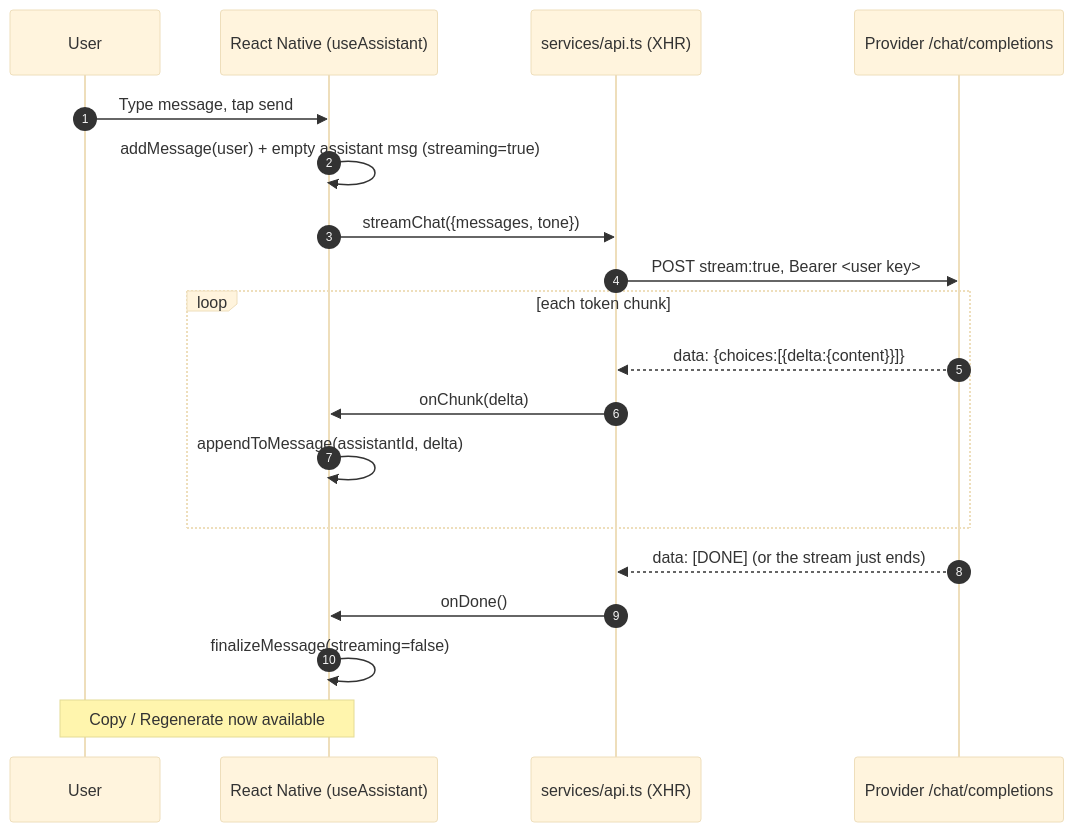
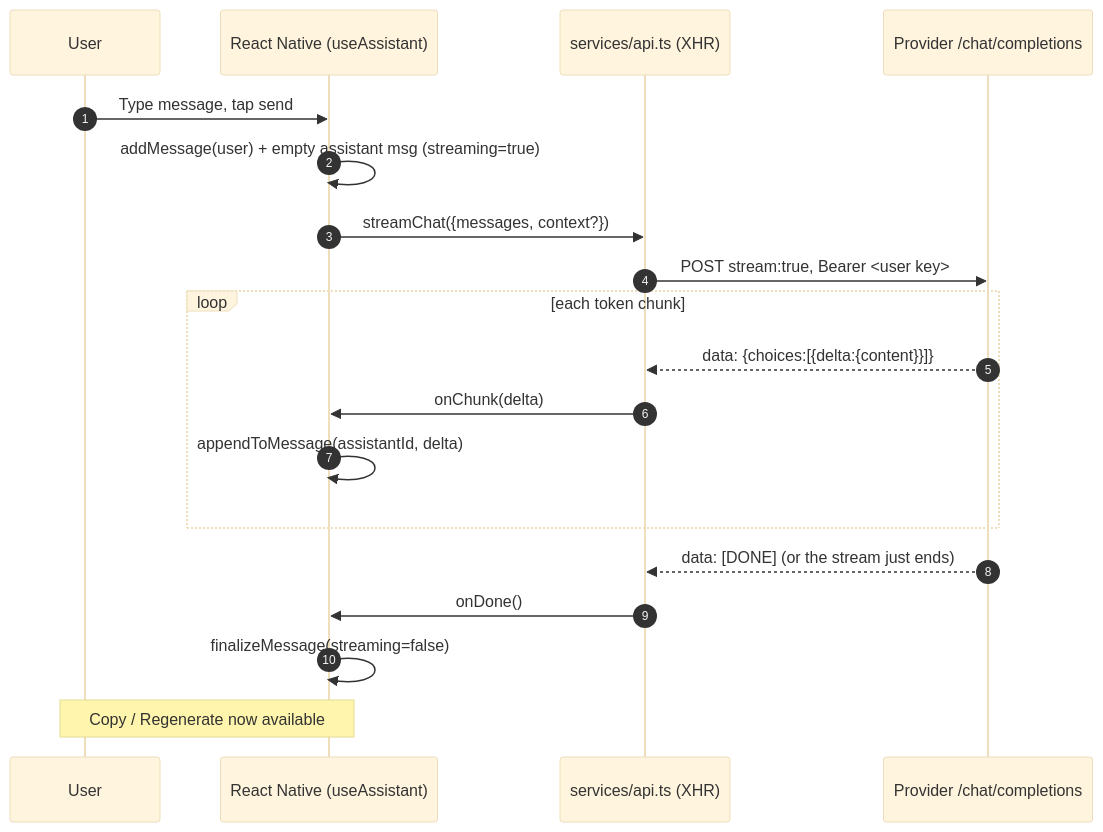
Before and after one commit to prajapatisaurabh/ai-assistant: the third of 5 diagrams in docs/ARCHITECTURE.md, drawn with Mermaid (base theme). The commit also changed 13 other files, not shown here.

First line of the commit message:
feat(chat): new send button, drop tone, multi-line input, clear API errors

````diff
--- a/docs/ARCHITECTURE.md
+++ b/docs/ARCHITECTURE.md
@@ -103,22 +103,22 @@
 ```mermaid
 sequenceDiagram
   autonumber
   participant U as User
   participant RN as React Native (useAssistant)
   participant API as services/api.ts (XHR)
   participant OAI as Provider /chat/completions
 
   U->>RN: Type message, tap send
   RN->>RN: addMessage(user) + empty assistant msg (streaming=true)
-  RN->>API: streamChat({messages, tone})
+  RN->>API: streamChat({messages, context?})
   API->>OAI: POST stream:true, Bearer <user key>
   loop each token chunk
     OAI-->>API: data: {choices:[{delta:{content}}]}
     API->>RN: onChunk(delta)
     RN->>RN: appendToMessage(assistantId, delta)
   end
   OAI-->>API: data: [DONE] (or the stream just ends)
   API->>RN: onDone()
   RN->>RN: finalizeMessage(streaming=false)
   Note over RN,U: Copy / Regenerate now available
 ```
````
